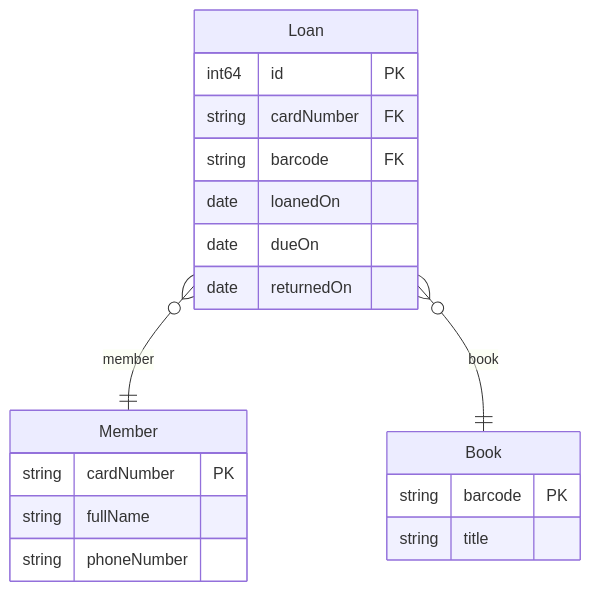
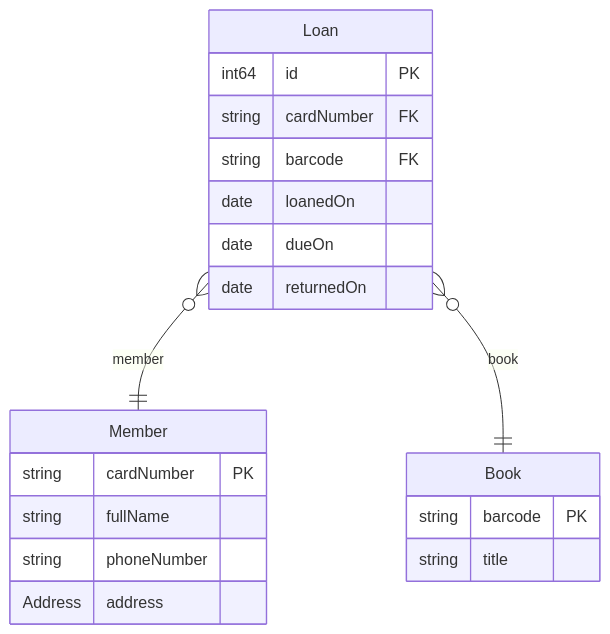
Before and after one commit to SpecArch/specarch: the first of 6 diagrams in examples/lending-desk/docs/techspec.md, drawn with Mermaid. The commit also changed other lines of this file and 76 other files, not shown here.

````diff
--- a/examples/lending-desk/docs/techspec.md
+++ b/examples/lending-desk/docs/techspec.md
@@ -63,22 +63,23 @@
 ```mermaid
 erDiagram
   Loan }o--|| Member : member
   Loan }o--|| Book : book
   Member {
     string cardNumber PK
     string fullName
     string phoneNumber
+    Address address
   }
   Book {
     string barcode PK
     string title
   }
   Loan {
     int64 id PK
     string cardNumber FK
     string barcode FK
     date loanedOn
     date dueOn
     date returnedOn
   }
 ```
````
